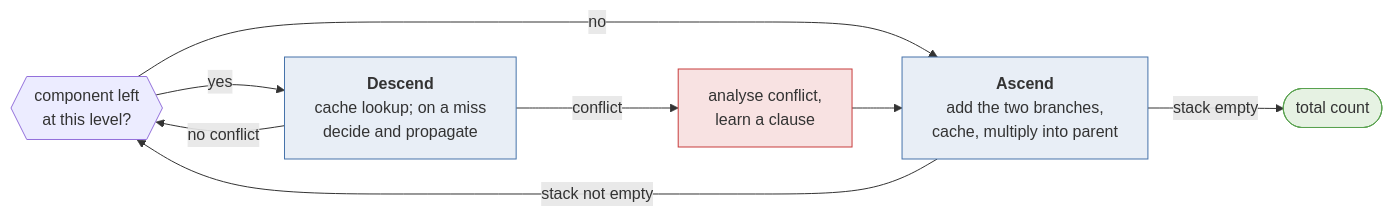
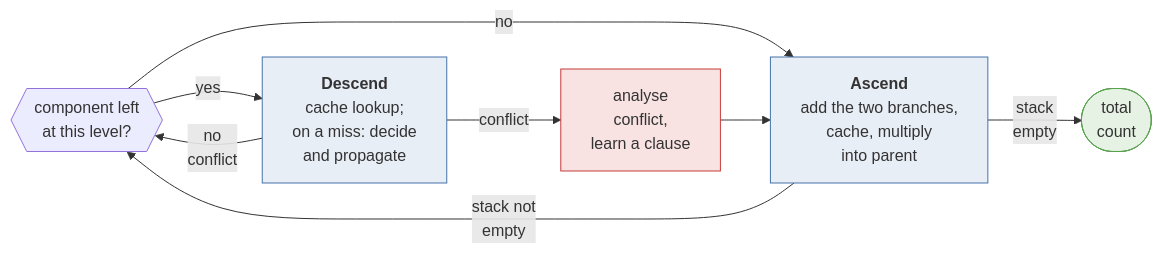
Before and after one commit to meelgroup/ganak-presentation: the diagram in figs/mermaid/main-loop.mmd, drawn with Mermaid. The commit also changed 6 other files, not shown here.

Commit message:
Mermaid diagrams: larger font, tighter spacing, more line breaks

```diff
--- a/figs/mermaid/main-loop.mmd
+++ b/figs/mermaid/main-loop.mmd
@@ -1,16 +1,16 @@
 flowchart LR
   F{{"component left<br/>at this level?"}}
-  F -->|yes| D["<b>Descend</b><br/>cache lookup; on a miss<br/>decide and propagate"]
-  D -->|no conflict| F
-  D -->|conflict| A["analyse conflict,<br/>learn a clause"]
-  F -->|no| U["<b>Ascend</b><br/>add the two branches,<br/>cache, multiply into parent"]
+  F -->|yes| D["<b>Descend</b><br/>cache lookup;<br/>on a miss: decide<br/>and propagate"]
+  D -->|"no<br/>conflict"| F
+  D -->|conflict| A["analyse<br/>conflict,<br/>learn a clause"]
+  F -->|no| U["<b>Ascend</b><br/>add the two branches,<br/>cache, multiply<br/>into parent"]
   A --> U
-  U -->|stack not empty| F
-  U -->|stack empty| X([total count])
+  U -->|"stack not<br/>empty"| F
+  U -->|"stack<br/>empty"| X(["total<br/>count"])
 
   classDef big fill:#e8eef6,stroke:#4673aa
   classDef bad fill:#f8e2e2,stroke:#c83c3c
   classDef term fill:#e6f2e3,stroke:#59a14f
   class D,U big
   class A bad
   class X term
```
